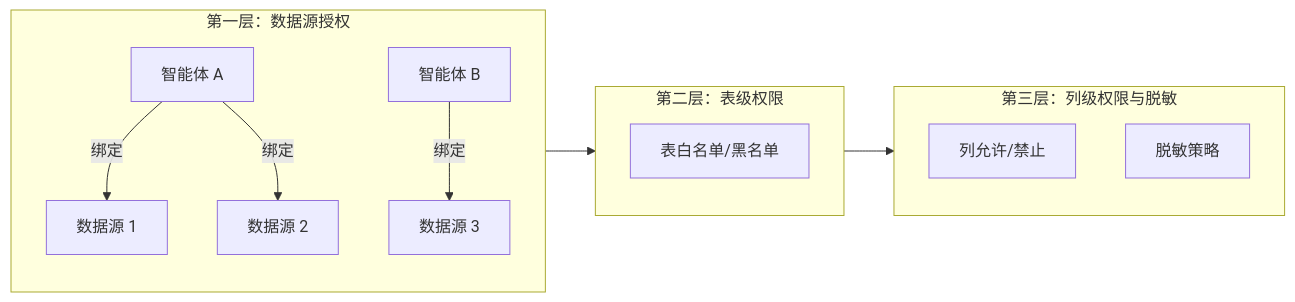
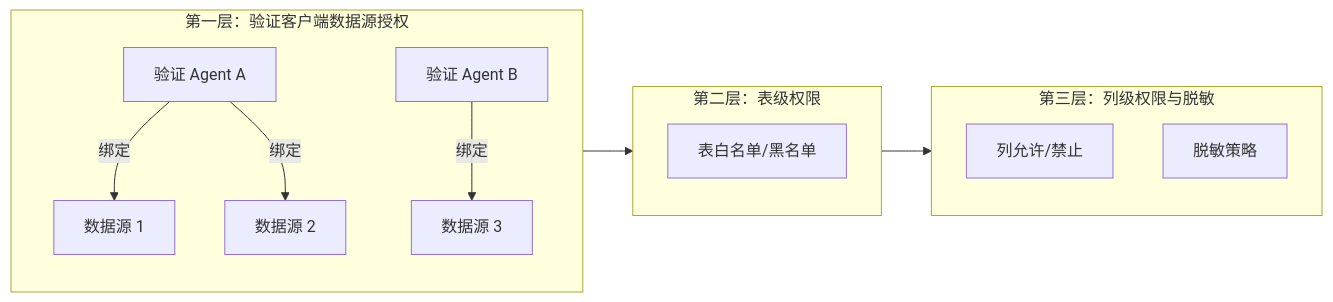
The third of 4 diagrams in README_CN.md (TtonyLiang/data-agent), drawn with Mermaid before and after one commit. The commit also changed other lines of this file and 34 other files, not shown here.

````diff
--- a/README_CN.md
+++ b/README_CN.md
@@ -469,19 +473,19 @@
 ```mermaid
 flowchart LR
-    subgraph Layer1[第一层：数据源授权]
-        A1[智能体 A] -->|绑定| D1[数据源 1]
+    subgraph Layer1[第一层：验证客户端数据源授权]
+        A1[验证 Agent A] -->|绑定| D1[数据源 1]
         A1 -->|绑定| D2[数据源 2]
-        A2[智能体 B] -->|绑定| D3[数据源 3]
+        A2[验证 Agent B] -->|绑定| D3[数据源 3]
     end
 
     subgraph Layer2[第二层：表级权限]
         T1[表白名单/黑名单]
     end
 
     subgraph Layer3[第三层：列级权限与脱敏]
         C1[列允许/禁止]
         M1[脱敏策略]
     end
 
     Layer1 --> Layer2 --> Layer3
 ```
````
